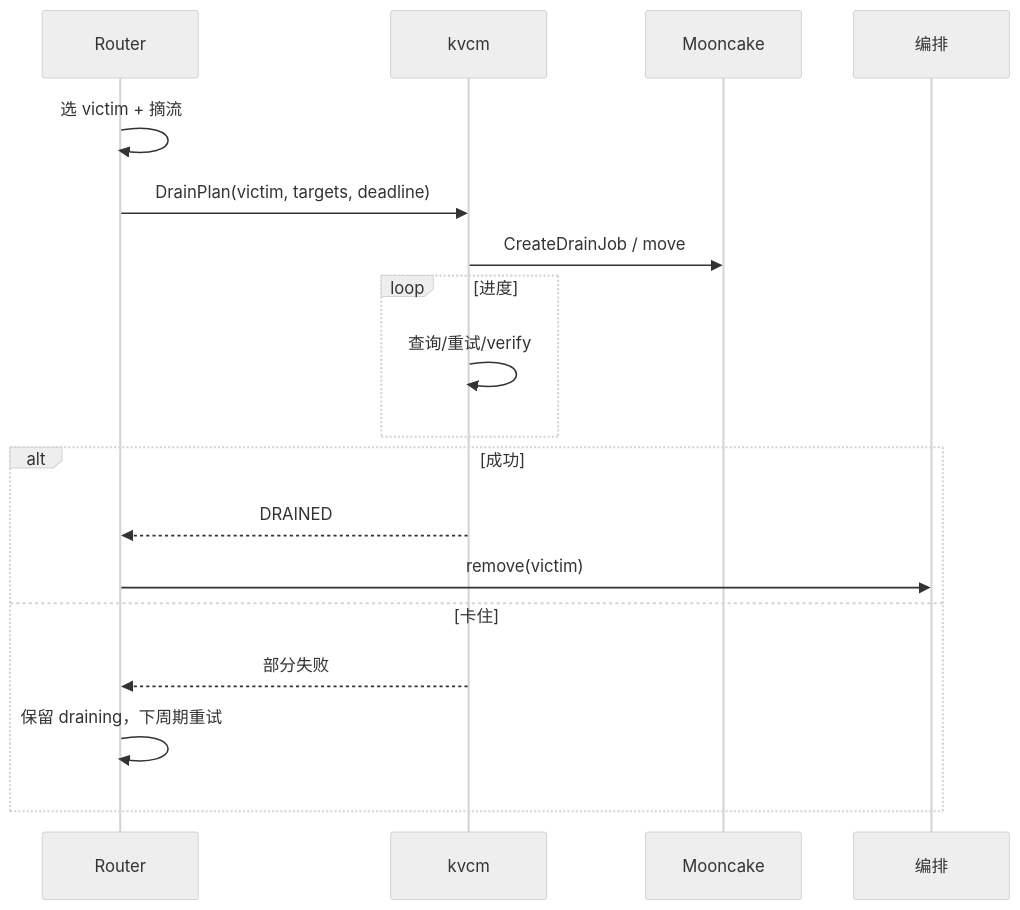
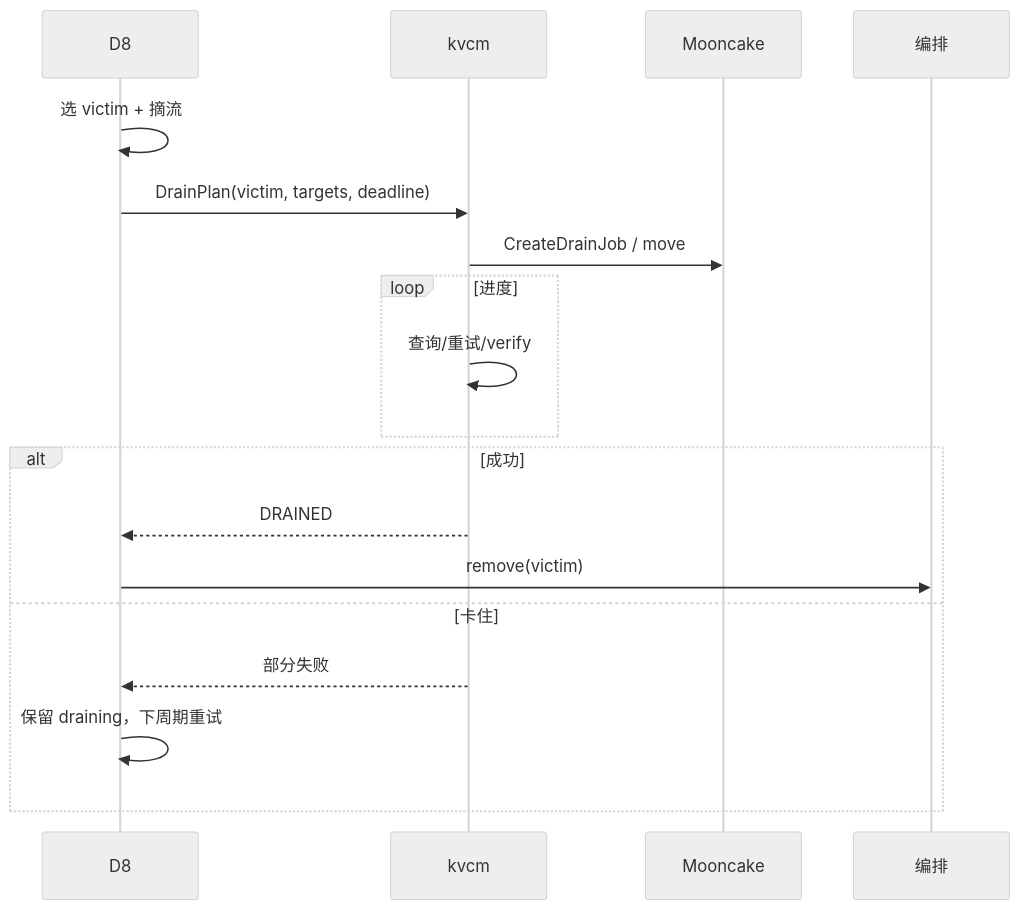
One commit to 5x8-40/lake changed the fifth of 6 diagrams in kvcm/design/D9-kv-services.md. Above: the diagram before and after it, drawn with Mermaid (neutral theme). The commit also changed other lines of this file and 3 other files, not shown here.

````diff
--- a/kvcm/design/D9-kv-services.md
+++ b/kvcm/design/D9-kv-services.md
@@ -297,21 +194,21 @@
 ```mermaid
 sequenceDiagram
-    participant R as Router
+    participant R as D8
     participant K as kvcm
     participant M as Mooncake
     participant O as 编排
 
     R->>R: 选 victim + 摘流
     R->>K: DrainPlan(victim, targets, deadline)
     K->>M: CreateDrainJob / move
     loop 进度
         K->>K: 查询/重试/verify
     end
     alt 成功
         K-->>R: DRAINED
         R->>O: remove(victim)
     else 卡住
         K-->>R: 部分失败
         R->>R: 保留 draining，下周期重试
     end
 ```
````
